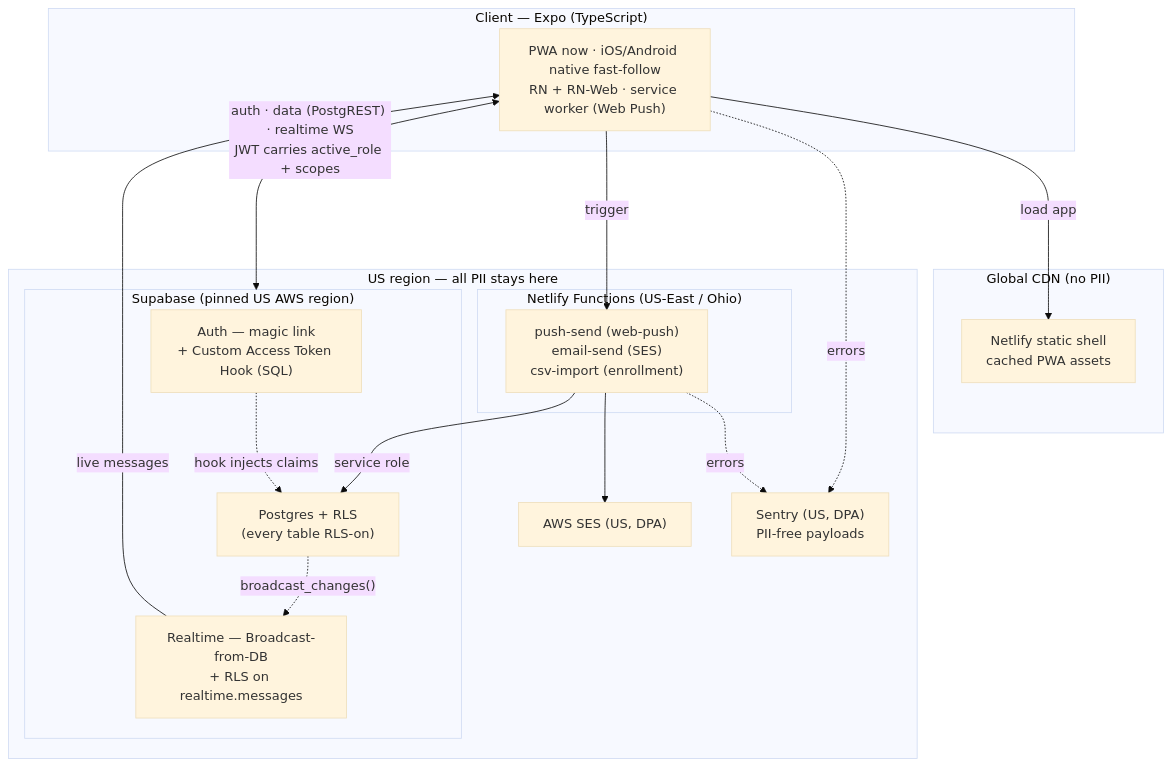
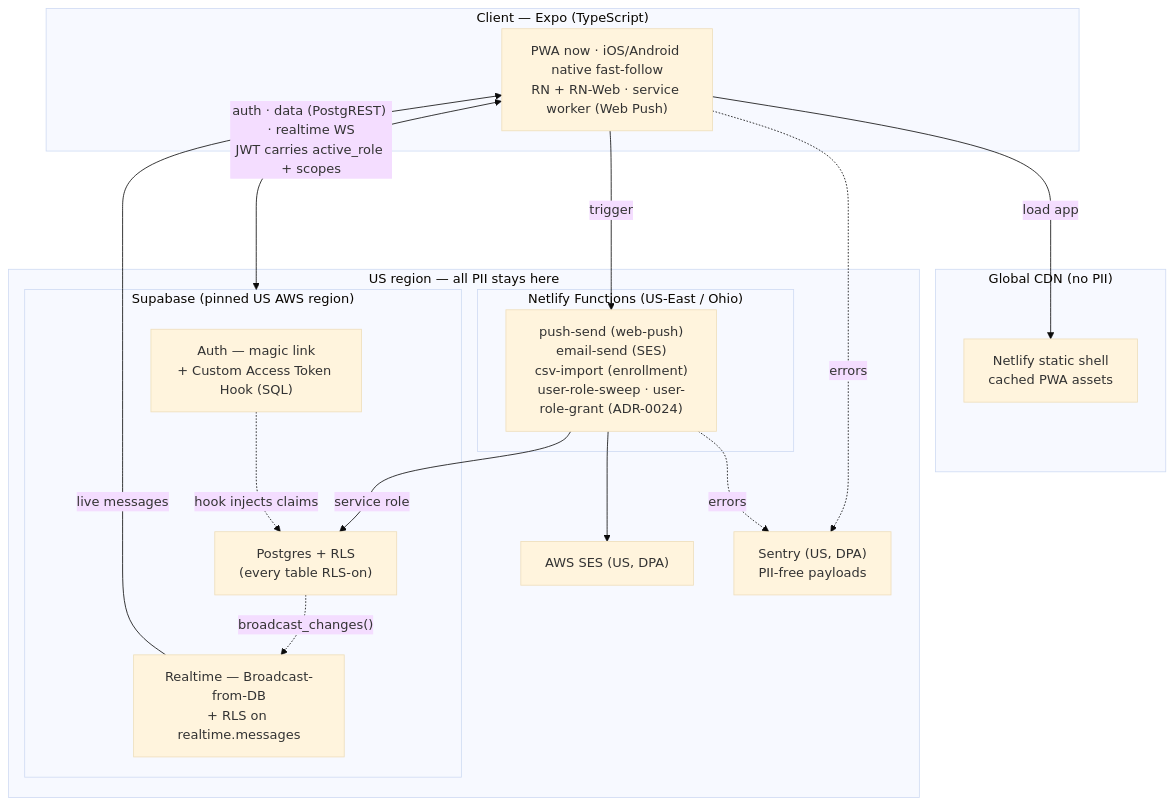
The first of 9 diagrams in .docs/3_ARCHITECTURE.md (cmdfw-bv/CMDFW-BalaVihar-App), drawn with Mermaid (base theme) before and after one commit. The commit also changed other lines of this file and 9 other files, not shown here.

First line of the commit message:
docs: spec/plan/ADR for user-role-approval + stage-marker updates

````diff
--- a/.docs/3_ARCHITECTURE.md
+++ b/.docs/3_ARCHITECTURE.md
@@ -27,34 +27,34 @@
 ```mermaid
 flowchart TB
     subgraph client["Client — Expo (TypeScript)"]
         pwa["PWA now · iOS/Android native fast-follow<br/>RN + RN-Web · service worker (Web Push)"]
     end
 
     subgraph global["Global CDN (no PII)"]
         shell["Netlify static shell<br/>cached PWA assets"]
     end
 
     subgraph us["US region — all PII stays here"]
         subgraph netlify["Netlify Functions (US-East / Ohio)"]
-            fn["push-send (web-push)<br/>email-send (SES)<br/>csv-import (enrollment)"]
+            fn["push-send (web-push)<br/>email-send (SES)<br/>csv-import (enrollment)<br/>user-role-sweep · user-role-grant (ADR-0024)"]
         end
         subgraph supa["Supabase (pinned US AWS region)"]
             auth["Auth — magic link<br/>+ Custom Access Token Hook (SQL)"]
             db["Postgres + RLS<br/>(every table RLS-on)"]
             rt["Realtime — Broadcast-from-DB<br/>+ RLS on realtime.messages"]
         end
         ses["AWS SES (US, DPA)"]
         sentry["Sentry (US, DPA)<br/>PII-free payloads"]
     end
 
     pwa -->|"load app"| shell
     pwa <-->|"auth · data (PostgREST) · realtime WS<br/>JWT carries active_role + scopes"| supa
     pwa -->|"trigger"| fn
     fn -->|"service role"| db
     fn --> ses
     auth -.->|"hook injects claims"| db
     db -.->|"broadcast_changes()"| rt
     rt -->|"live messages"| pwa
     pwa -.->|"errors"| sentry
     fn -.->|"errors"| sentry
 ```
````
